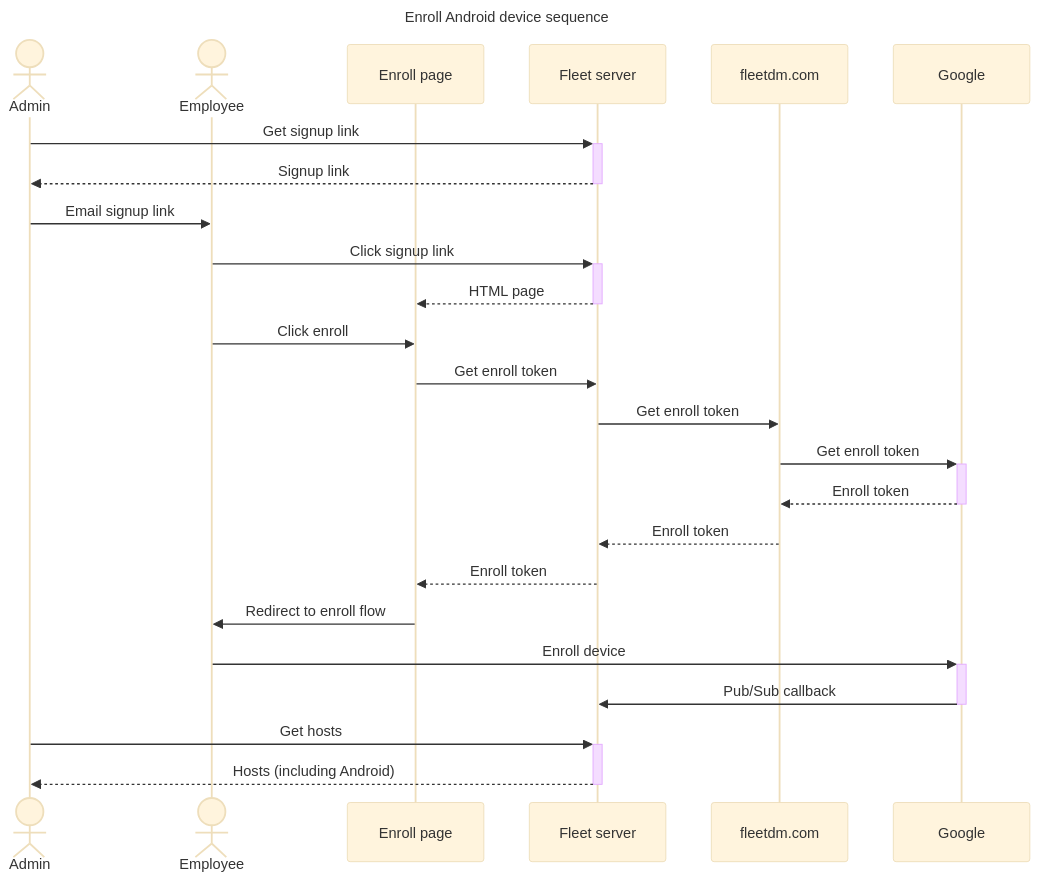
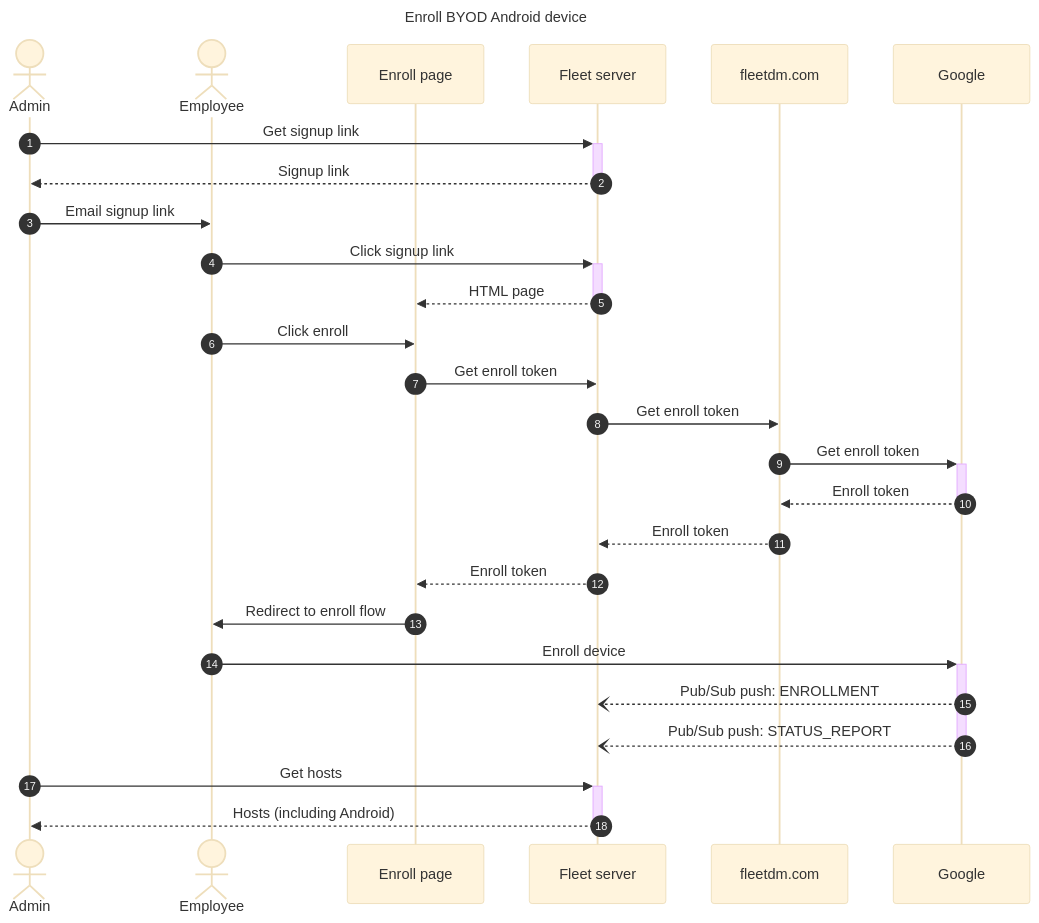
The second of 2 diagrams in docs/Contributing/MDM-Android.md (fleetdm/fleet), drawn with Mermaid (base theme) before and after one commit. The commit also changed other lines of this file, not shown here.

Commit message:
More clarity/cleanup to sequence diagrams.

````diff
--- a/docs/Contributing/MDM-Android.md
+++ b/docs/Contributing/MDM-Android.md
@@ -56,29 +59,35 @@
 ```mermaid
 ---
-title: Enroll Android device sequence
+title: Enroll BYOD Android device
 ---
 sequenceDiagram
+    autonumber
     actor Admin
     actor Employee
     participant Enroll page
     participant Fleet server
     participant fleetdm.com
     participant Google
+
     Admin->>+Fleet server: Get signup link
     Fleet server-->>-Admin: Signup link
+
     Admin->>Employee: Email signup link
     Employee->>+Fleet server: Click signup link
     Fleet server-->>-Enroll page: HTML page
     Employee->>Enroll page: Click enroll
     Enroll page->>Fleet server: Get enroll token
     Fleet server->>fleetdm.com: Get enroll token
     fleetdm.com->>+Google: Get enroll token
     Google-->>-fleetdm.com: Enroll token
     fleetdm.com-->>Fleet server: Enroll token
     Fleet server-->>Enroll page: Enroll token
     Enroll page->>Employee: Redirect to enroll flow
+
     Employee->>+Google: Enroll device
-    Google->>-Fleet server: Pub/Sub callback
+    Google--)Fleet server: Pub/Sub push: ENROLLMENT
+    Google--)-Fleet server: Pub/Sub push: STATUS_REPORT
+
     Admin->>+Fleet server: Get hosts
     Fleet server-->>-Admin: Hosts (including Android)
 ```
````
